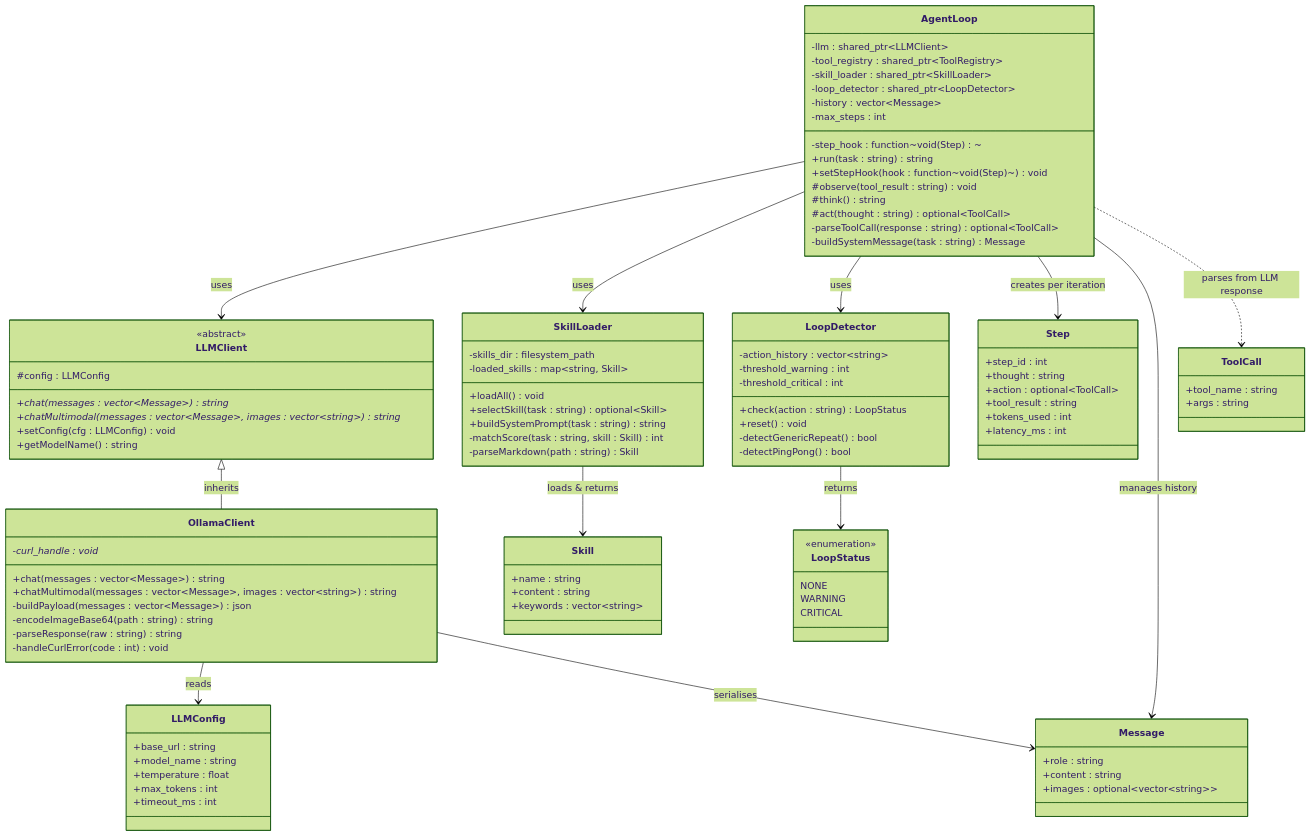
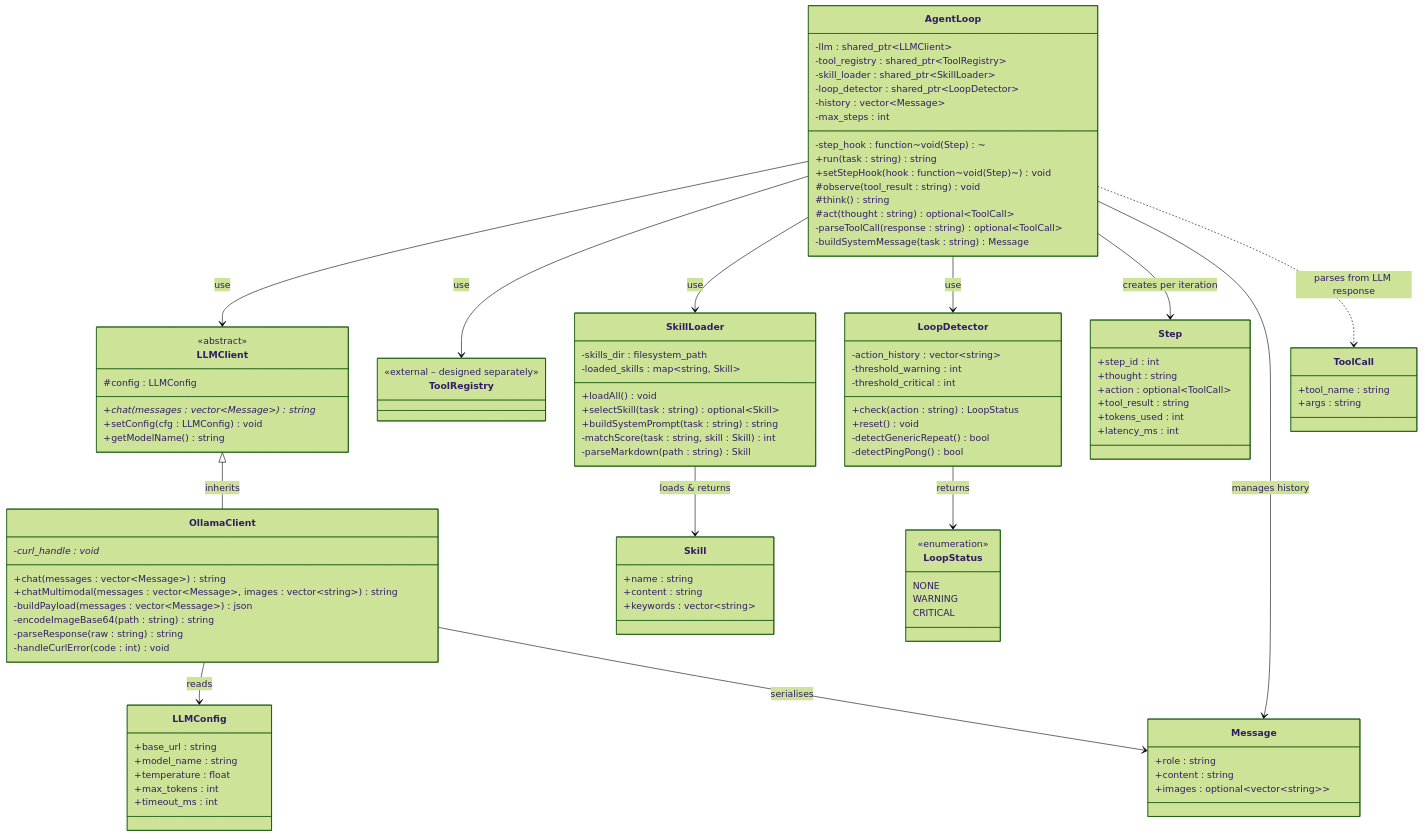
Before and after one commit to Zoto1/AI_Agent-OOP_prj: the diagram in classDiagram_loop.md, drawn with Mermaid (forest theme).

Commit message:
fixing diagram

```diff
--- a/classDiagram_loop.md
+++ b/classDiagram_loop.md
@@ -54,7 +54,6 @@
         <<abstract>>
         #config : LLMConfig
         +chat(messages : vector~Message~) string*
-        +chatMultimodal(messages : vector~Message~, images : vector~string~) string*
         +setConfig(cfg : LLMConfig) void
         +getModelName() string
     }
@@ -109,15 +108,18 @@
         -buildSystemMessage(task : string) Message
     }
 
-    
+    class ToolRegistry {
+        <<external – designed separately>>
+    }
    
 
-    AgentLoop --> LLMClient          : uses 
-    AgentLoop --> SkillLoader        : uses 
-    AgentLoop --> LoopDetector       : uses
-    AgentLoop --> Step               : creates per iteration
-    AgentLoop --> Message            : manages history
-    AgentLoop ..> ToolCall           : parses from LLM response
+    AgentLoop --> LLMClient : use
+    AgentLoop --> ToolRegistry: use
+    AgentLoop --> SkillLoader : use        
+    AgentLoop --> LoopDetector: use    
+    AgentLoop --> Step: creates per iteration
+    AgentLoop --> Message: manages history
+    AgentLoop ..> ToolCall: parses from LLM response
 
     OllamaClient --> LLMConfig       : reads
     OllamaClient --> Message         : serialises
```
